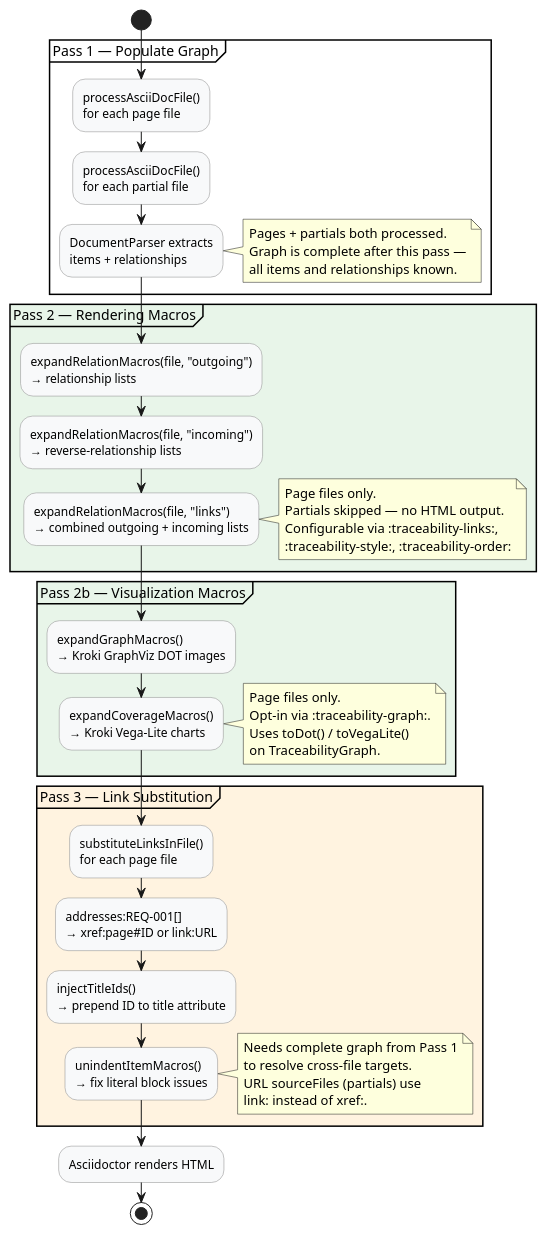
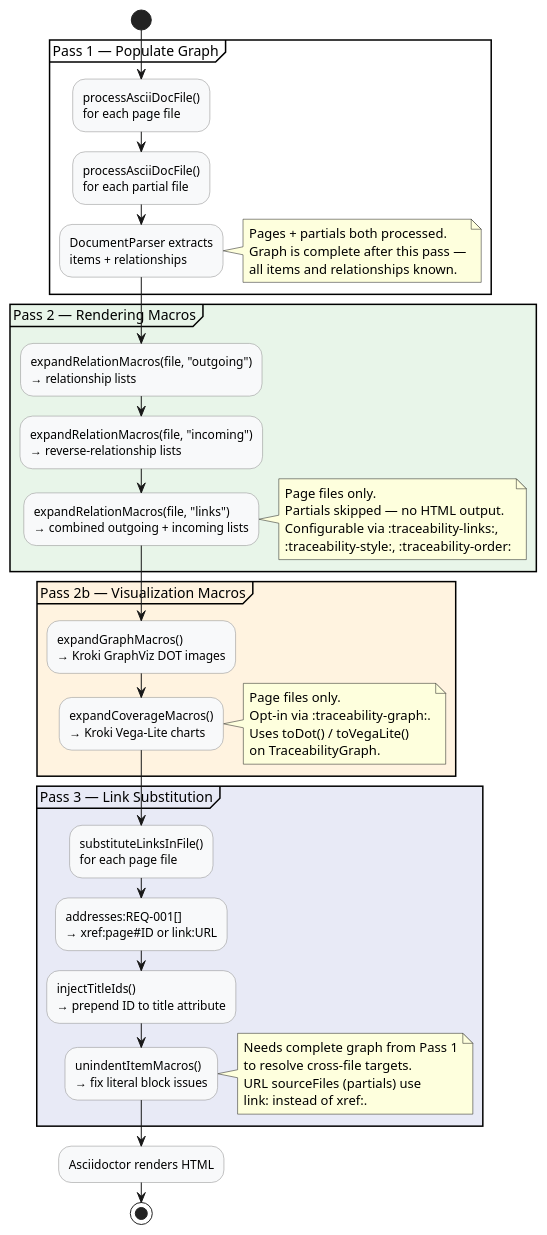
Before and after one commit to rattermeyer/antora-tracer: the diagram in examples/component-one/modules/ROOT/examples/pass-pipeline.puml, drawn with PlantUML. The commit also changed 6 other files, not shown here.

First line of the commit message:
chore(diagrams): apply architecture diagram improvements

```diff
--- a/examples/component-one/modules/ROOT/examples/pass-pipeline.puml
+++ b/examples/component-one/modules/ROOT/examples/pass-pipeline.puml
@@ -1,60 +1,60 @@
 @startuml
 ' Content processing pipeline — the four passes within contentClassified
 
 skinparam activityBackgroundColor #F8F9FA
 skinparam activityBorderColor #888888
 
 start
 
 partition "Pass 1 — Populate Graph" {
   :processAsciiDocFile()\nfor each page file;
   :processAsciiDocFile()\nfor each partial file;
   :DocumentParser extracts\nitems + relationships;
   note right
     Pages + partials both processed.
     Graph is complete after this pass —
     all items and relationships known.
   end note
 }
 
 partition "Pass 2 — Rendering Macros" #E8F5E9 {
   :expandRelationMacros(file, "outgoing")\n→ relationship lists;
   :expandRelationMacros(file, "incoming")\n→ reverse-relationship lists;
   :expandRelationMacros(file, "links")\n→ combined outgoing + incoming lists;
   note right
     Page files only.
     Partials skipped — no HTML output.
     Configurable via :traceability-links:,
     :traceability-style:, :traceability-order:
   end note
 }
 
-partition "Pass 2b — Visualization Macros" #E8F5E9 {
+partition "Pass 2b — Visualization Macros" #FFF3E0 {
   :expandGraphMacros()\n→ Kroki GraphViz DOT images;
   :expandCoverageMacros()\n→ Kroki Vega-Lite charts;
   note right
     Page files only.
     Opt-in via :traceability-graph:.
     Uses toDot() / toVegaLite()
     on TraceabilityGraph.
   end note
 }
 
-partition "Pass 3 — Link Substitution" #FFF3E0 {
+partition "Pass 3 — Link Substitution" #E8EAF6 {
   :substituteLinksInFile()\nfor each page file;
   :addresses:REQ-001[]\n→ xref:page#ID or link:URL;
   :injectTitleIds()\n→ prepend ID to title attribute;
   :unindentItemMacros()\n→ fix literal block issues;
   note right
     Needs complete graph from Pass 1
     to resolve cross-file targets.
     URL sourceFiles (partials) use
     link: instead of xref:.
   end note
 }
 
 :Asciidoctor renders HTML;
 
 stop
 
 @enduml
```
